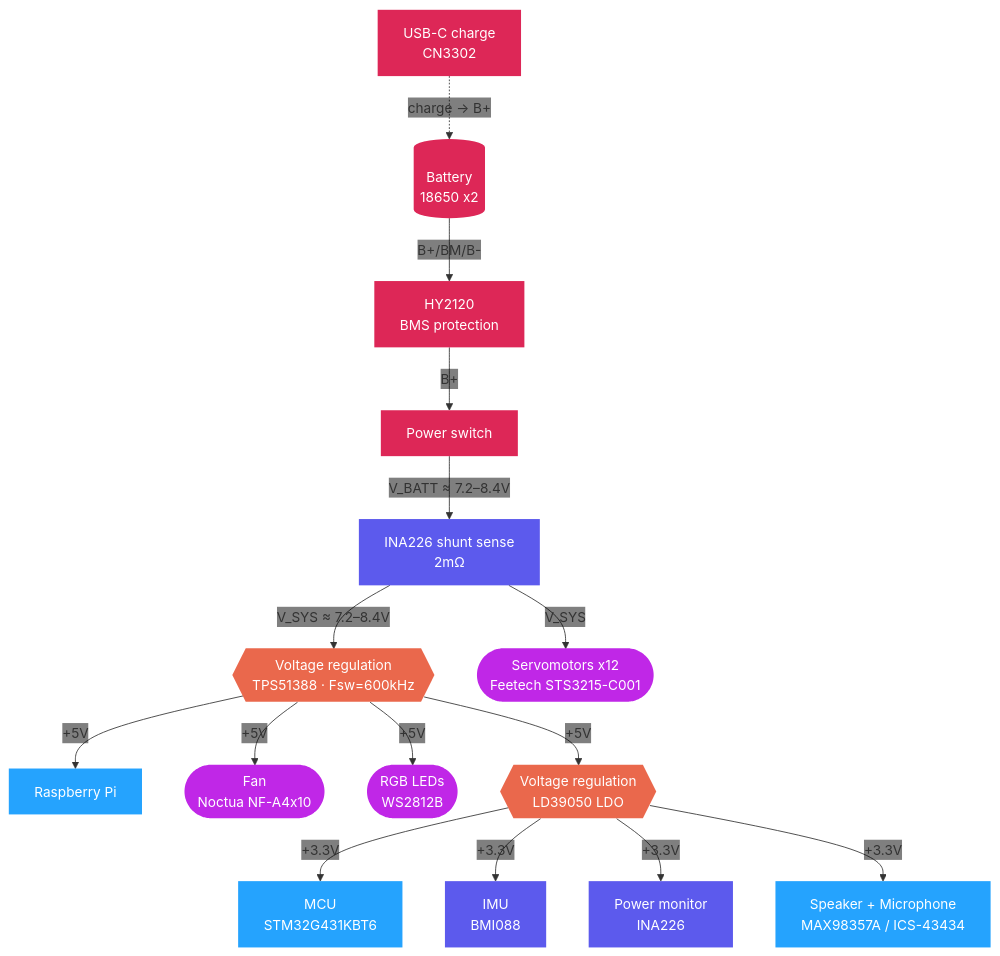
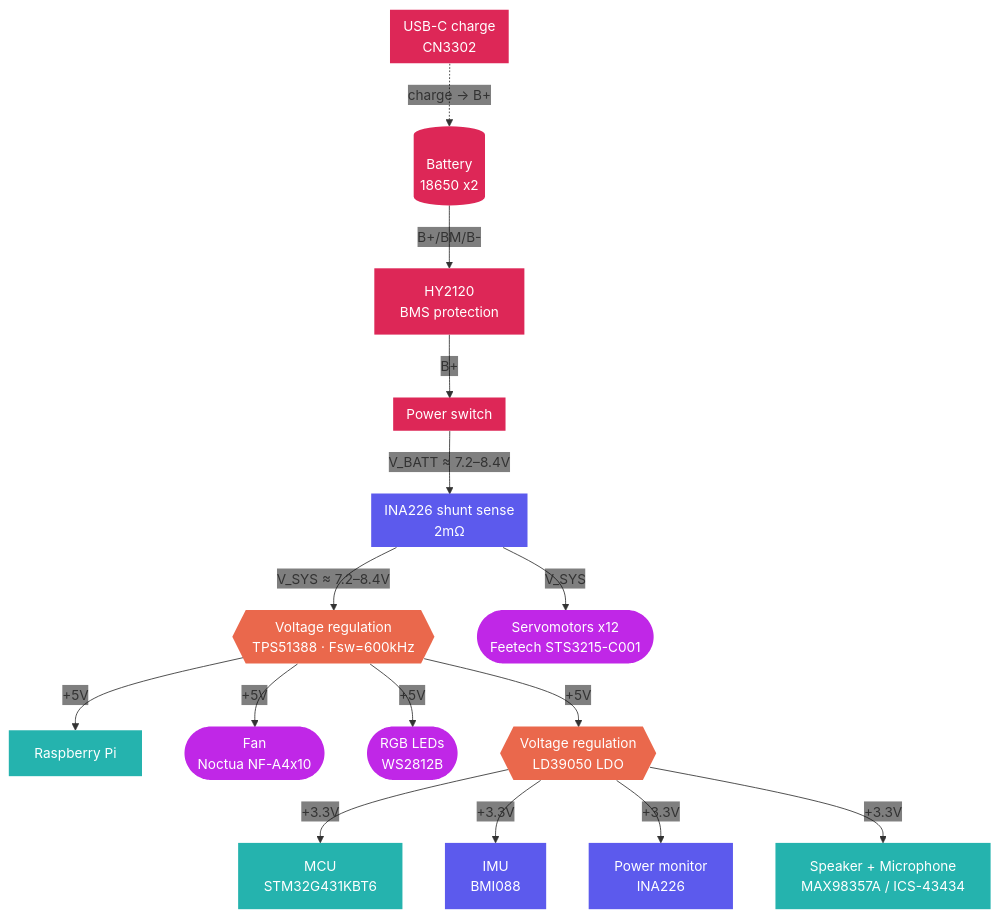
Before and after one commit to Mowibox/chromapi_motherboard: the first of 2 diagrams in README.md, drawn with Mermaid. The commit also changed other lines of this file, not shown here.

````diff
--- a/README.md
+++ b/README.md
@@ -86,33 +86,33 @@
 ```mermaid
 %%{init: {'themeVariables': {'edgeLabelBackground':'transparent'}}}%%
 flowchart TD
-    CHG["USB-C charge<br/>CN3302"] -.->|"charge → B+"| CELLS[("Battery<br/>18650 x2")]
+    CHG[["USB-C charge<br/>CN3302"]] -.->|"charge → B+"| CELLS[("Battery<br/>18650 x2")]
     CELLS -->|"B+/BM/B-"| HY["HY2120<br/>BMS protection"]
-    HY -->|"B+"| SW["Power switch"]
+    HY -->|"B+"| SW[["Power switch"]]
 
-    SW -->|"V_BATT ≈ 7.2–8.4V"| SHUNT["INA226 shunt sense<br/>2mΩ"]
+    SW -->|"V_BATT ≈ 7.2–8.4V"| SHUNT[["INA226 shunt sense<br/>2mΩ"]]
     SHUNT -->|"V_SYS ≈ 7.2–8.4V"| REG5{{"Voltage regulation<br/>TPS51388 · Fsw=600kHz"}}
     SHUNT -->|"V_SYS"| SERVOS(["Servomotors x12<br/>Feetech STS3215-C001"])
 
     REG5 -->|"+5V"| RPI["Raspberry Pi"]
     REG5 -->|"+5V"| FANPWR(["Fan<br/>Noctua NF-A4x10"])
     REG5 -->|"+5V"| LEDPWR(["RGB LEDs<br/>WS2812B"])
     REG5 -->|"+5V"| REG33{{"Voltage regulation<br/>LD39050 LDO"}}
 
     REG33 -->|"+3.3V"| MCU["MCU<br/>STM32G431KBT6"]
     REG33 -->|"+3.3V"| IMU["IMU<br/>BMI088"]
     REG33 -->|"+3.3V"| INA["Power monitor<br/>INA226"]
     REG33 -->|"+3.3V"| AUDIO["Speaker + Microphone<br/>MAX98357A / ICS-43434"]
 
     classDef power fill:#dd2757,color:#ffffff,stroke:none
     classDef voltreg fill:#ea684c,color:#ffffff,stroke:none
-    classDef ic fill:#25a3fe,color:#ffffff,stroke:none
+    classDef ic fill:#25b3ae,color:#ffffff,stroke:none
     classDef actuator fill:#c027e7,color:#ffffff,stroke:none
     classDef sensor fill:#5c5aed,color:#ffffff,stroke:none
 
     class CHG,CELLS,HY,SW power
     class REG5,REG33 voltreg
     class MCU,RPI,AUDIO ic
     class SERVOS,FANPWR,LEDPWR actuator
     class SHUNT,IMU,INA sensor
 ```
````
